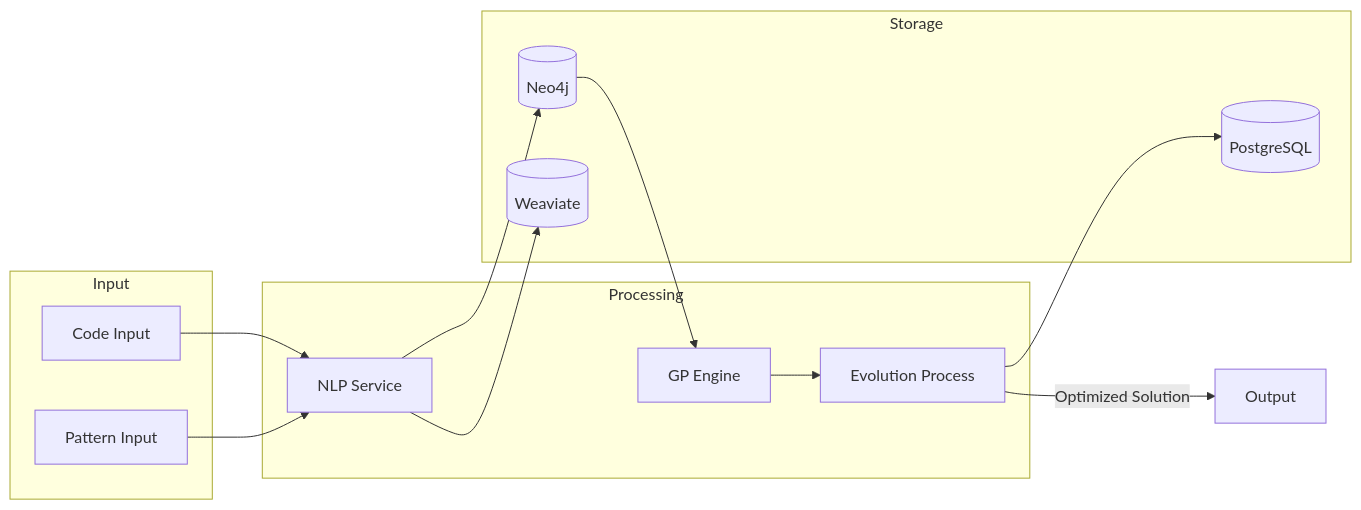
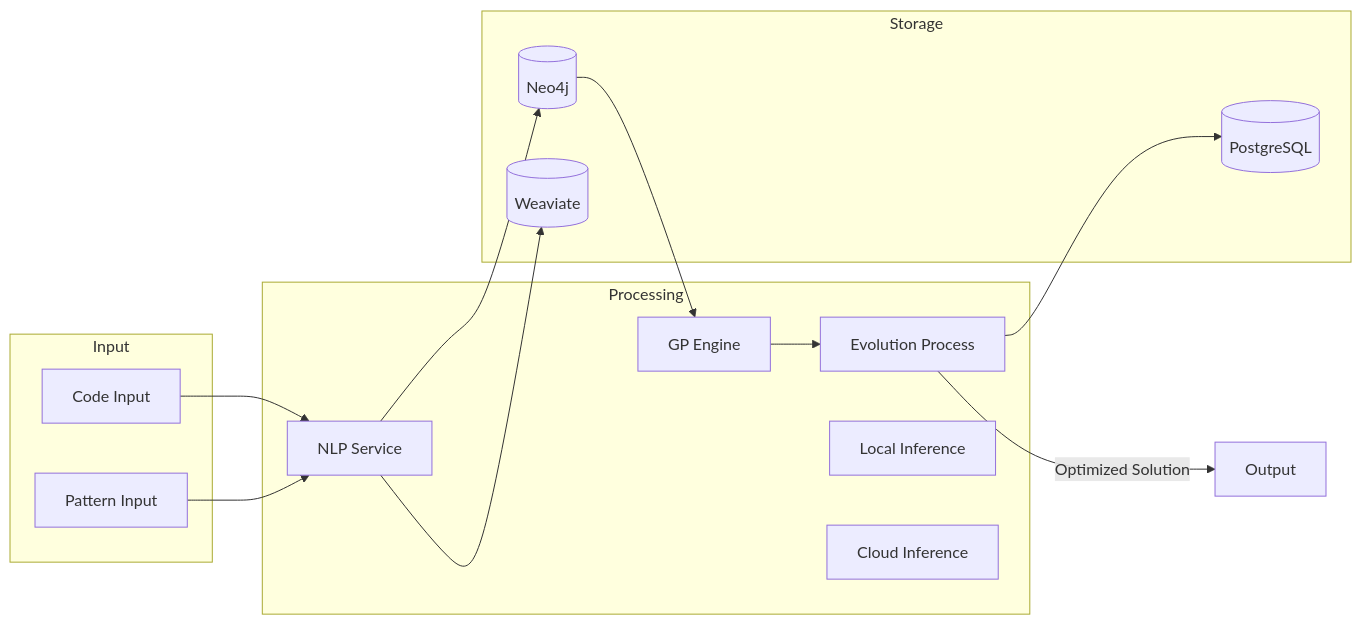
One commit to nshkrdotcom/EADS changed the eighth of 16 diagrams in README.md. Above: the diagram before and after it, drawn with Mermaid. The commit also changed other lines of this file and 5 other files, not shown here.

Commit message:
add local and cloud inference to diags

````diff
--- a/README.md
+++ b/README.md
@@ -891,28 +900,30 @@
 ```mermaid
 graph LR
     subgraph Input
         Code[Code Input]
         Pattern[Pattern Input]
     end
 
     subgraph Processing
         NLP[NLP Service]
         GP[GP Engine]
         Evolution[Evolution Process]
+		LocalInference[Local Inference]
+		CloudInference[Cloud Inference]
     end
 
     subgraph Storage
         Neo4j[(Neo4j)]
         Weaviate[(Weaviate)]
         Postgres[(PostgreSQL)]
     end
 
     Code --> NLP
     Pattern --> NLP
     NLP --> Weaviate
     NLP --> Neo4j
     Neo4j --> GP
     GP --> Evolution
     Evolution --> Postgres
     Evolution --> |Optimized Solution| Output
 ```
````
